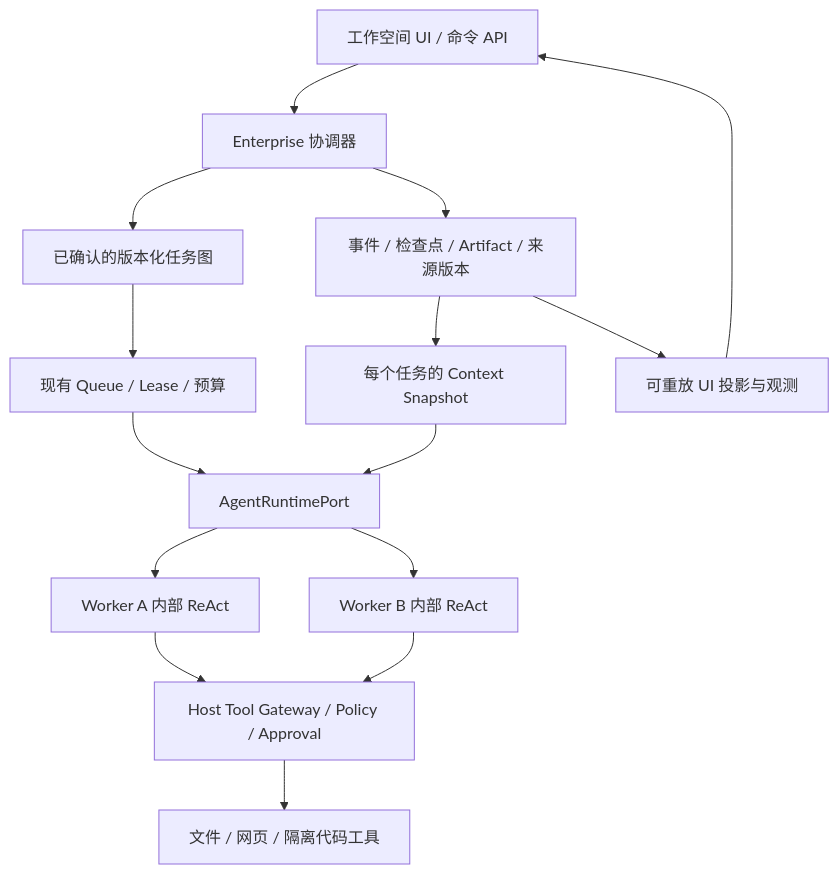
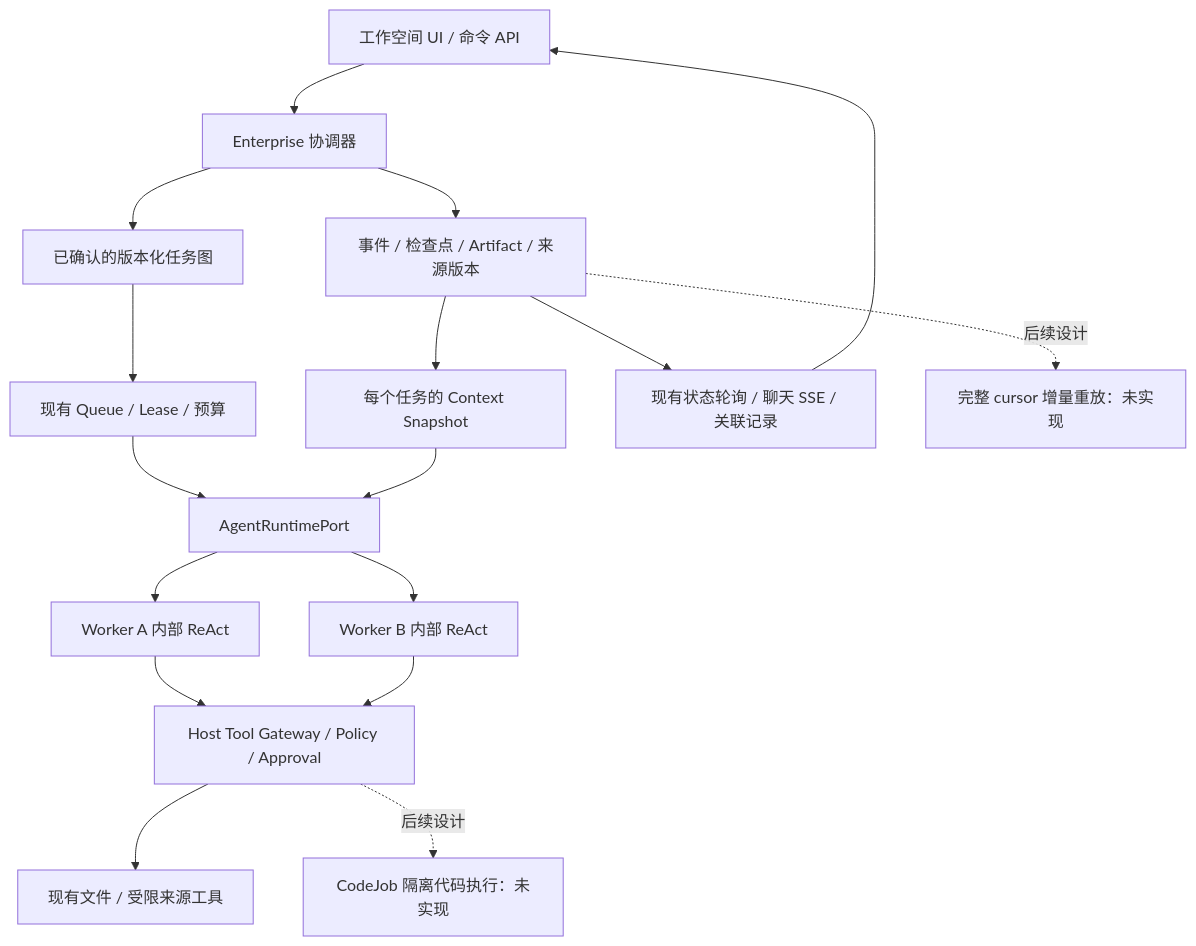
One commit to B1ackB/Packx changed the diagram in docs/workspace-agent-architecture.md. Above: the diagram before and after it, drawn with Mermaid. The commit also changed other lines of this file and 9 other files, not shown here.

````diff
--- a/docs/workspace-agent-architecture.md
+++ b/docs/workspace-agent-architecture.md
@@ -34,17 +34,19 @@
 ```mermaid
 flowchart TD
   UI[工作空间 UI / 命令 API] --> Host[Enterprise 协调器]
   Host --> Graph[已确认的版本化任务图]
   Graph --> Queue[现有 Queue / Lease / 预算]
   Queue --> Port[AgentRuntimePort]
   Port --> A[Worker A 内部 ReAct]
   Port --> B[Worker B 内部 ReAct]
   A --> Gateway[Host Tool Gateway / Policy / Approval]
   B --> Gateway
-  Gateway --> Files[文件 / 网页 / 隔离代码工具]
+  Gateway --> Files[现有文件 / 受限来源工具]
+  Gateway -. 后续设计 .-> Code[CodeJob 隔离代码执行：未实现]
   Host --> Store[事件 / 检查点 / Artifact / 来源版本]
   Store --> Context[每个任务的 Context Snapshot]
   Context --> Port
-  Store --> Projection[可重放 UI 投影与观测]
+  Store --> Projection[现有状态轮询 / 聊天 SSE / 关联记录]
+  Store -. 后续设计 .-> Replay[完整 cursor 增量重放：未实现]
   Projection --> UI
 ```
````
